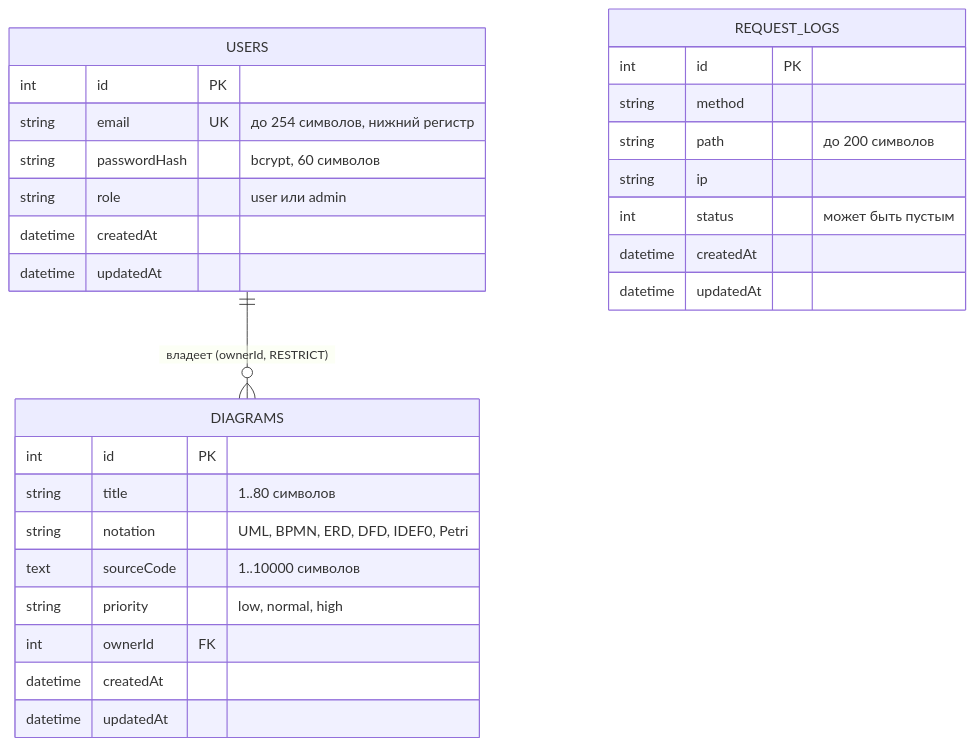
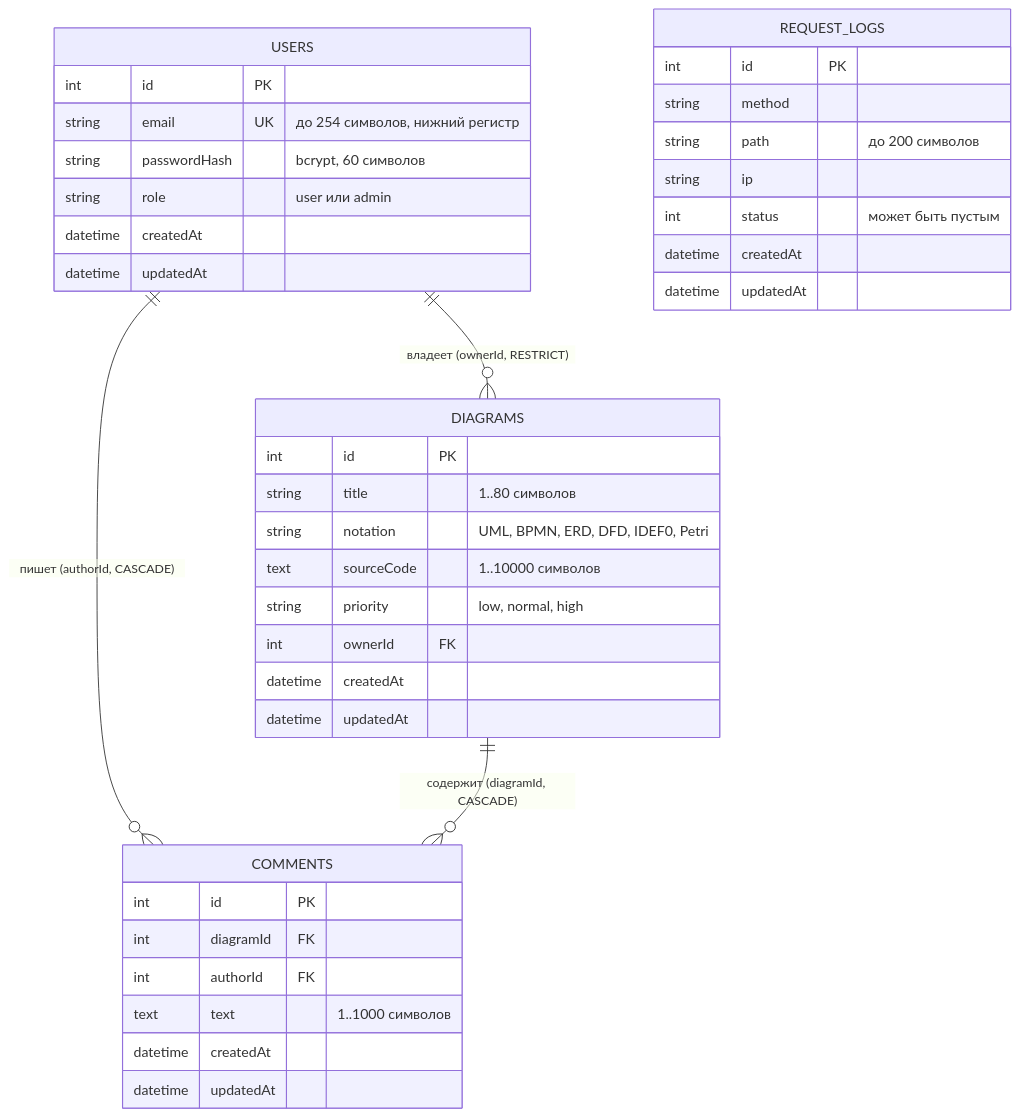
One commit to KsushaKhadzhinova/DSLKit-Project changed the diagram in course-project/diagrams/er.mmd. Above: the diagram before and after it, drawn with Mermaid. The commit also changed 5 other files, not shown here.

Commit message:
docs(course): note and diagrams for comments, React Router and the admin screen

```diff
--- a/course-project/diagrams/er.mmd
+++ b/course-project/diagrams/er.mmd
@@ -1,32 +1,43 @@
 erDiagram
   USERS ||--o{ DIAGRAMS : "владеет (ownerId, RESTRICT)"
+  USERS ||--o{ COMMENTS : "пишет (authorId, CASCADE)"
+  DIAGRAMS ||--o{ COMMENTS : "содержит (diagramId, CASCADE)"
 
   USERS {
     int id PK
     string email UK "до 254 символов, нижний регистр"
     string passwordHash "bcrypt, 60 символов"
     string role "user или admin"
     datetime createdAt
     datetime updatedAt
   }
 
   DIAGRAMS {
     int id PK
     string title "1..80 символов"
     string notation "UML, BPMN, ERD, DFD, IDEF0, Petri"
     text sourceCode "1..10000 символов"
     string priority "low, normal, high"
     int ownerId FK
     datetime createdAt
     datetime updatedAt
   }
 
+  COMMENTS {
+    int id PK
+    int diagramId FK
+    int authorId FK
+    text text "1..1000 символов"
+    datetime createdAt
+    datetime updatedAt
+  }
+
   REQUEST_LOGS {
     int id PK
     string method
     string path "до 200 символов"
     string ip
     int status "может быть пустым"
     datetime createdAt
     datetime updatedAt
   }
```
